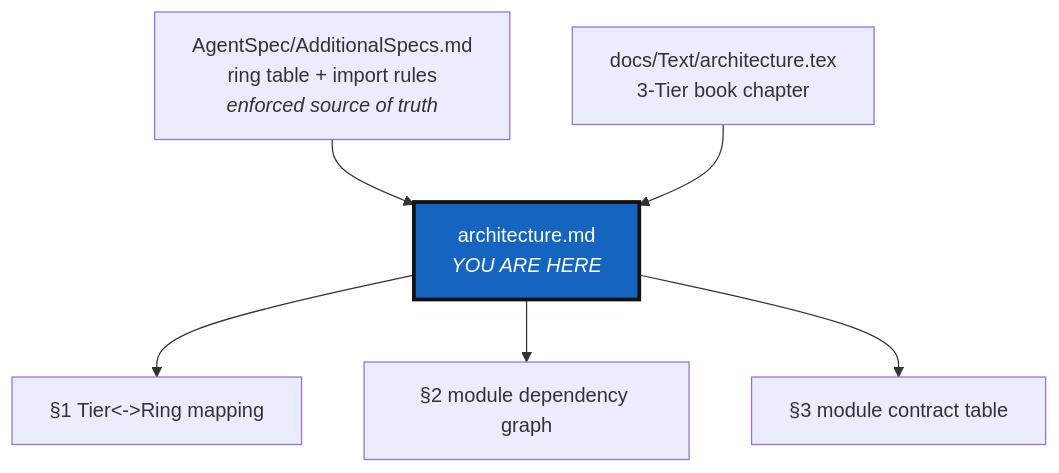
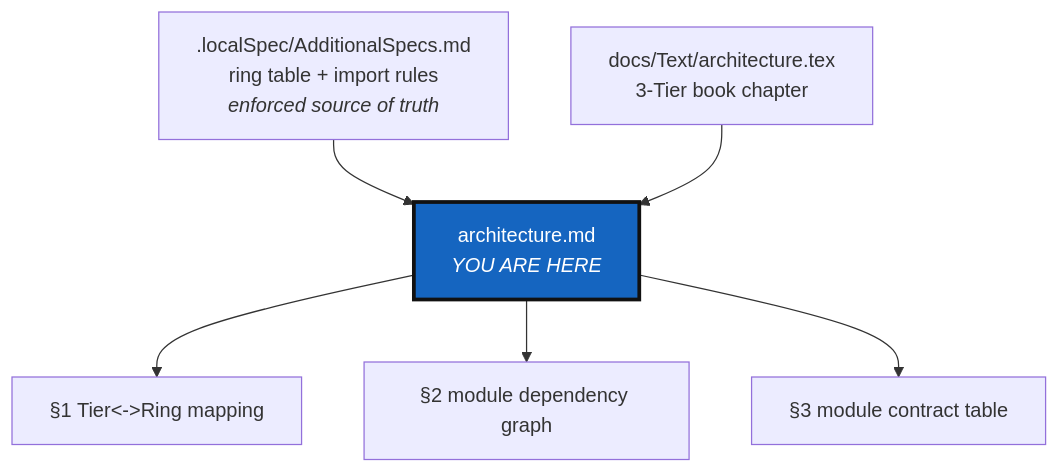
Before and after one commit to flipoyo/DocComplexGitSync: the first of 3 diagrams in DevGuide/architecture.md, drawn with Mermaid. The commit also changed other lines of this file and 6 other files, not shown here.

Commit message:
cgitsync2.52 Planning moved out of the public repository: the tickets now live in .localSpec/DevTickets/, so installing ComplexGitSync gets you the tool and the workshop. Its README explains how a request becomes a plan.

````diff
--- a/DevGuide/architecture.md
+++ b/DevGuide/architecture.md
@@ -43,11 +43,11 @@
 ```mermaid
 graph TD
-    AUDIT["AgentSpec/AdditionalSpecs.md<br/>ring table + import rules<br/><i>enforced source of truth</i>"] --> ARCH["architecture.md<br/><i>YOU ARE HERE</i>"]
+    AUDIT[".localSpec/AdditionalSpecs.md<br/>ring table + import rules<br/><i>enforced source of truth</i>"] --> ARCH["architecture.md<br/><i>YOU ARE HERE</i>"]
     TEX["docs/Text/architecture.tex<br/>3-Tier book chapter"] --> ARCH
     ARCH --> MAP["§1 Tier<->Ring mapping"]
     ARCH --> GRAPH["§2 module dependency graph"]
     ARCH --> TABLE["§3 module contract table"]
 
     classDef here fill:#1565C0,color:#fff,stroke:#111,stroke-width:3px;
     class ARCH here;
 ```
````
